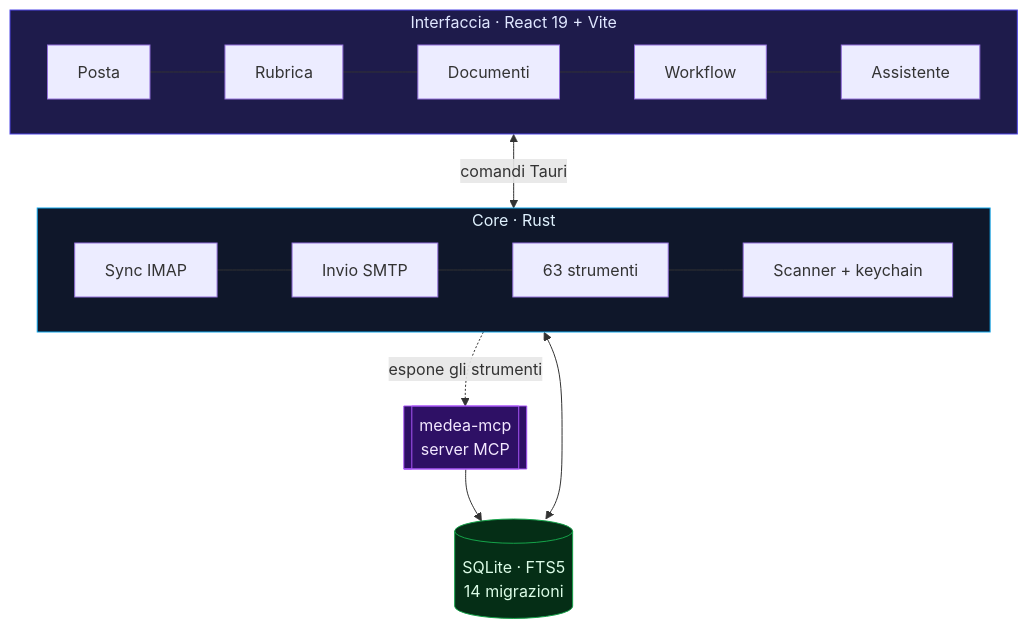
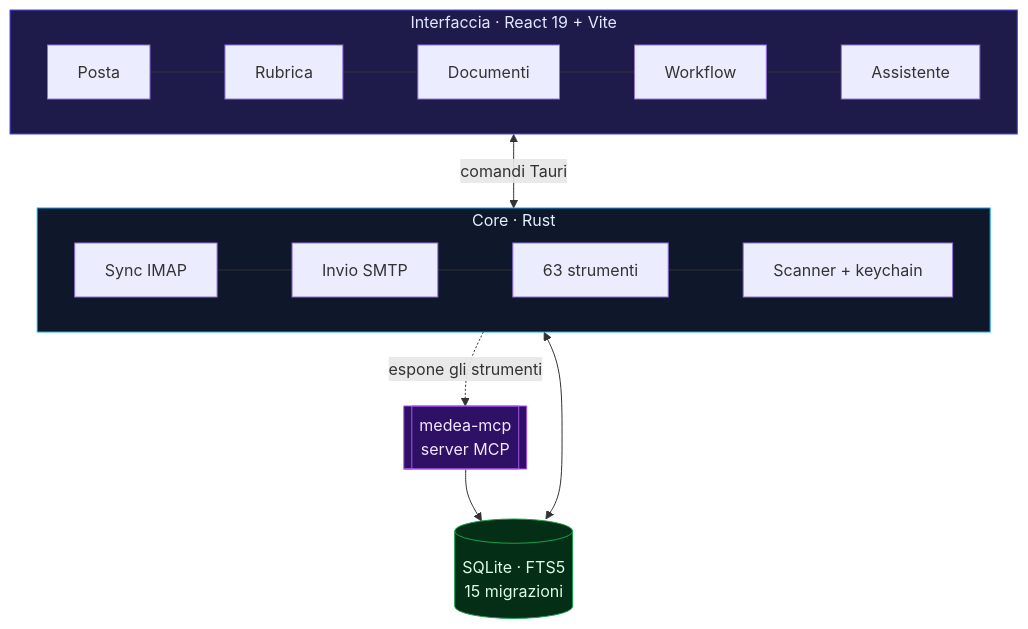
Before and after one commit to adoslabsproject-gif/medea: the second of 2 diagrams in README.md, drawn with Mermaid. The commit also changed other lines of this file, not shown here.

First line of the commit message:
docs(readme): 15 migrazioni e Linux dichiarato in arrivo, non disponibile

````diff
--- a/README.md
+++ b/README.md
@@ -248,25 +248,25 @@
 ```mermaid
 flowchart TB
     subgraph UI["Interfaccia · React 19 + Vite"]
         direction LR
         MAIL[Posta] --- RUB[Rubrica] --- DOC[Documenti] --- WF[Workflow] --- AI[Assistente]
     end
 
     subgraph CORE["Core · Rust"]
         direction LR
         SYNC[Sync IMAP] --- SMTP[Invio SMTP] --- TOOLS[63 strumenti] --- SEC[Scanner + keychain]
     end
 
-    DB[(SQLite · FTS5<br/>14 migrazioni)]
+    DB[(SQLite · FTS5<br/>15 migrazioni)]
     MCP[[medea-mcp<br/>server MCP]]
 
     UI <-->|comandi Tauri| CORE
     CORE <--> DB
     MCP --> DB
     CORE -.->|espone gli strumenti| MCP
 
     style UI fill:#1e1b4b,stroke:#4f46e5,color:#e0e7ff
     style CORE fill:#0f172a,stroke:#0ea5e9,color:#e0f2fe
     style DB fill:#052e16,stroke:#16a34a,color:#dcfce7
     style MCP fill:#2e1065,stroke:#a855f7,color:#f3e8ff
 ```
````
